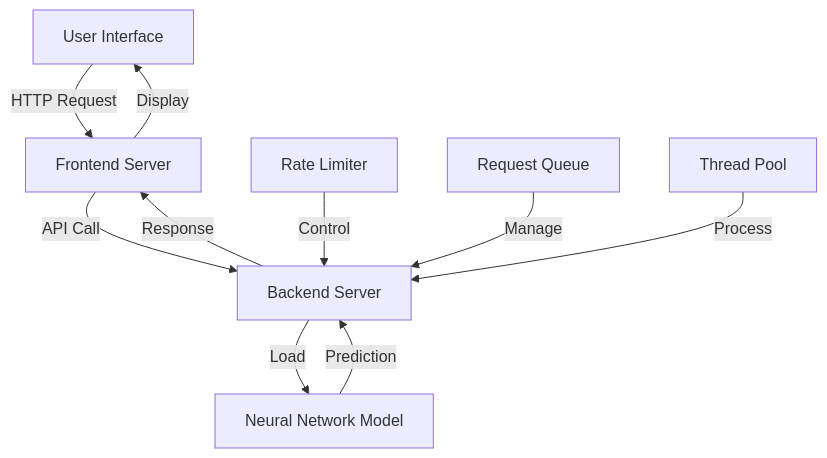
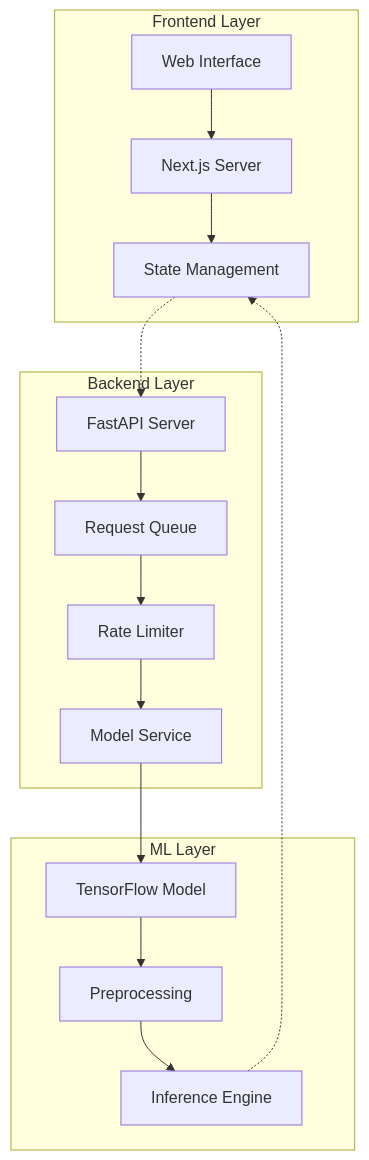
Before and after one commit to Kedhareswer/Digit_Classifier: the first of 4 diagrams in README.md, drawn with Mermaid. The commit also changed other lines of this file, not shown here.

````diff
--- a/README.md
+++ b/README.md
@@ -33,12 +107,22 @@
 ```mermaid
-graph TD
-    A[User Interface] -->|HTTP Request| B[Frontend Server]
-    B -->|API Call| C[Backend Server]
-    C -->|Load| D[Neural Network Model]
-    D -->|Prediction| C
-    C -->|Response| B
-    B -->|Display| A
-    E[Rate Limiter] -->|Control| C
-    F[Request Queue] -->|Manage| C
-    G[Thread Pool] -->|Process| C
+graph TB
+    subgraph "Frontend Layer"
+        A[Web Interface] --> B[Next.js Server]
+        B --> C[State Management]
+    end
+    
+    subgraph "Backend Layer"
+        D[FastAPI Server] --> E[Request Queue]
+        E --> F[Rate Limiter]
+        F --> G[Model Service]
+    end
+    
+    subgraph "ML Layer"
+        G --> H[TensorFlow Model]
+        H --> I[Preprocessing]
+        I --> J[Inference Engine]
+    end
+    
+    C -.-> D
+    J -.-> C
 ```
````
